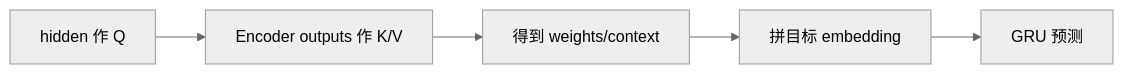
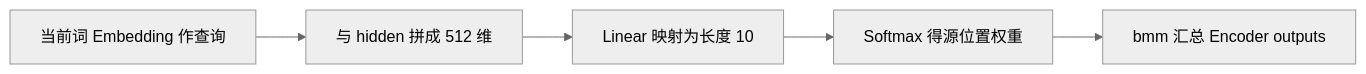
The first of 3 diagrams in notes/seq2seq-translation/14-attention-decoder-plan.md (luyunix/nlp_study), drawn with Mermaid (neutral theme) before and after one commit. The commit also changed other lines of this file and 66 other files, not shown here.

````diff
--- a/notes/seq2seq-translation/14-attention-decoder-plan.md
+++ b/notes/seq2seq-translation/14-attention-decoder-plan.md
@@ -17,12 +17,12 @@
 ```mermaid
 flowchart LR
-    N0["hidden 作 Q"]
-    N1["Encoder outputs 作 K/V"]
-    N2["得到 weights/context"]
-    N3["拼目标 embedding"]
-    N4["GRU 预测"]
+    N0["当前词 Embedding 作查询"]
+    N1["与 hidden 拼成 512 维"]
+    N2["Linear 映射为长度 10"]
+    N3["Softmax 得源位置权重"]
+    N4["bmm 汇总 Encoder outputs"]
     N0 --> N1
     N1 --> N2
     N2 --> N3
     N3 --> N4
 ```
````
